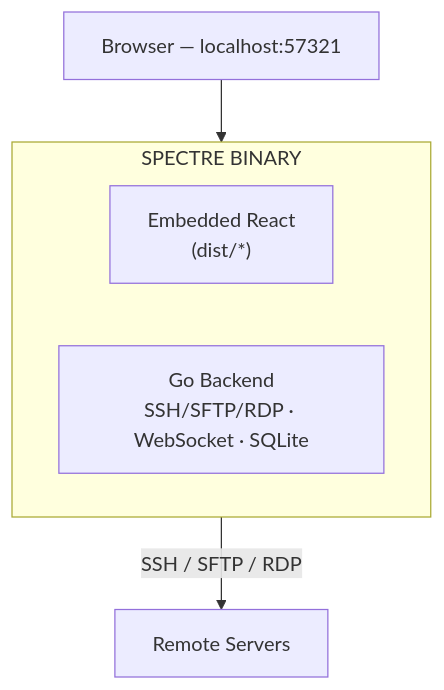
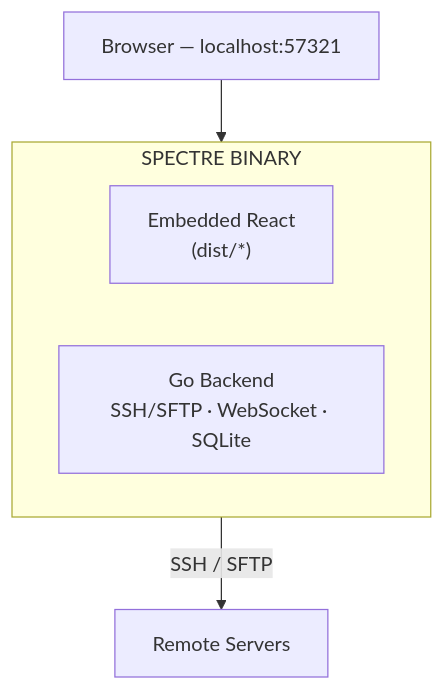
One commit to EgieSugina/S.P.E.C.T.R.E changed the diagram in README.md. Above: the diagram before and after it, drawn with Mermaid. The commit also changed other lines of this file and 32 other files, not shown here.

````diff
--- a/README.md
+++ b/README.md
@@ -53,14 +52,14 @@
 ```mermaid
 flowchart TB
     subgraph BINARY["SPECTRE BINARY"]
         direction LR
         REACT["Embedded React<br/>(dist/*)"]
-        GO["Go Backend<br/>SSH/SFTP/RDP · WebSocket · SQLite"]
+        GO["Go Backend<br/>SSH/SFTP · WebSocket · SQLite"]
     end
 
     BROWSER["Browser — localhost:57321"]
     REMOTE["Remote Servers"]
 
     BROWSER --> REACT
-    GO -->|SSH / SFTP / RDP| REMOTE
+    GO -->|SSH / SFTP| REMOTE
 ```
````
